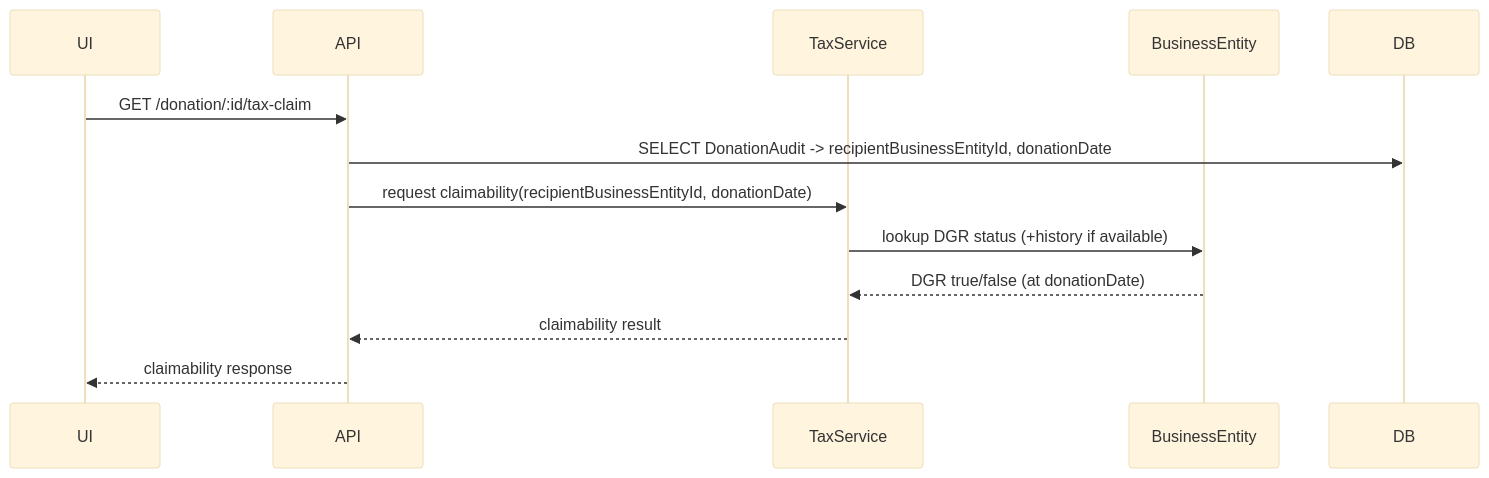
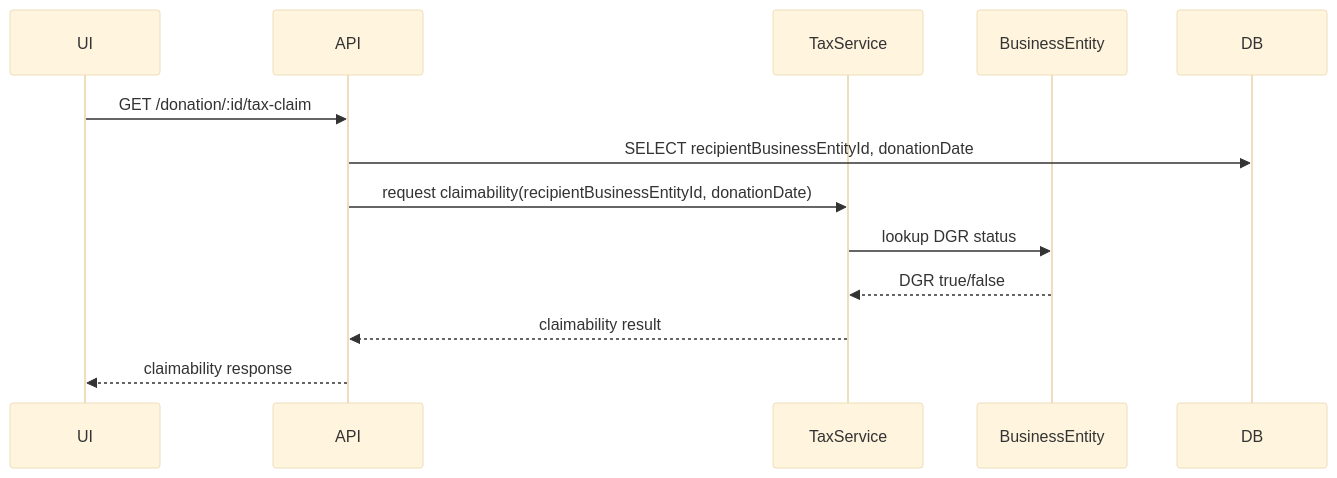
Before and after one commit to ab1303/my-financials-nextjs: the fourth of 4 diagrams in spec/technical_debt/donationpayment-repurpose.md, drawn with Mermaid (base theme). The commit also changed other lines of this file and 10 other files, not shown here.

````diff
--- a/spec/technical_debt/donationpayment-repurpose.md
+++ b/spec/technical_debt/donationpayment-repurpose.md
@@ -177,16 +129,16 @@
 ```mermaid
 sequenceDiagram
   participant UI
   participant API
   participant Tax as TaxService
   participant BE as BusinessEntity
   participant DB
 
   UI->>API: GET /donation/:id/tax-claim
-  API->>DB: SELECT DonationAudit -> recipientBusinessEntityId, donationDate
+  API->>DB: SELECT recipientBusinessEntityId, donationDate
   API->>Tax: request claimability(recipientBusinessEntityId, donationDate)
-  Tax->>BE: lookup DGR status (+history if available)
-  BE-->>Tax: DGR true/false (at donationDate)
+  Tax->>BE: lookup DGR status
+  BE-->>Tax: DGR true/false
   Tax-->>API: claimability result
   API-->>UI: claimability response
 ```
````
